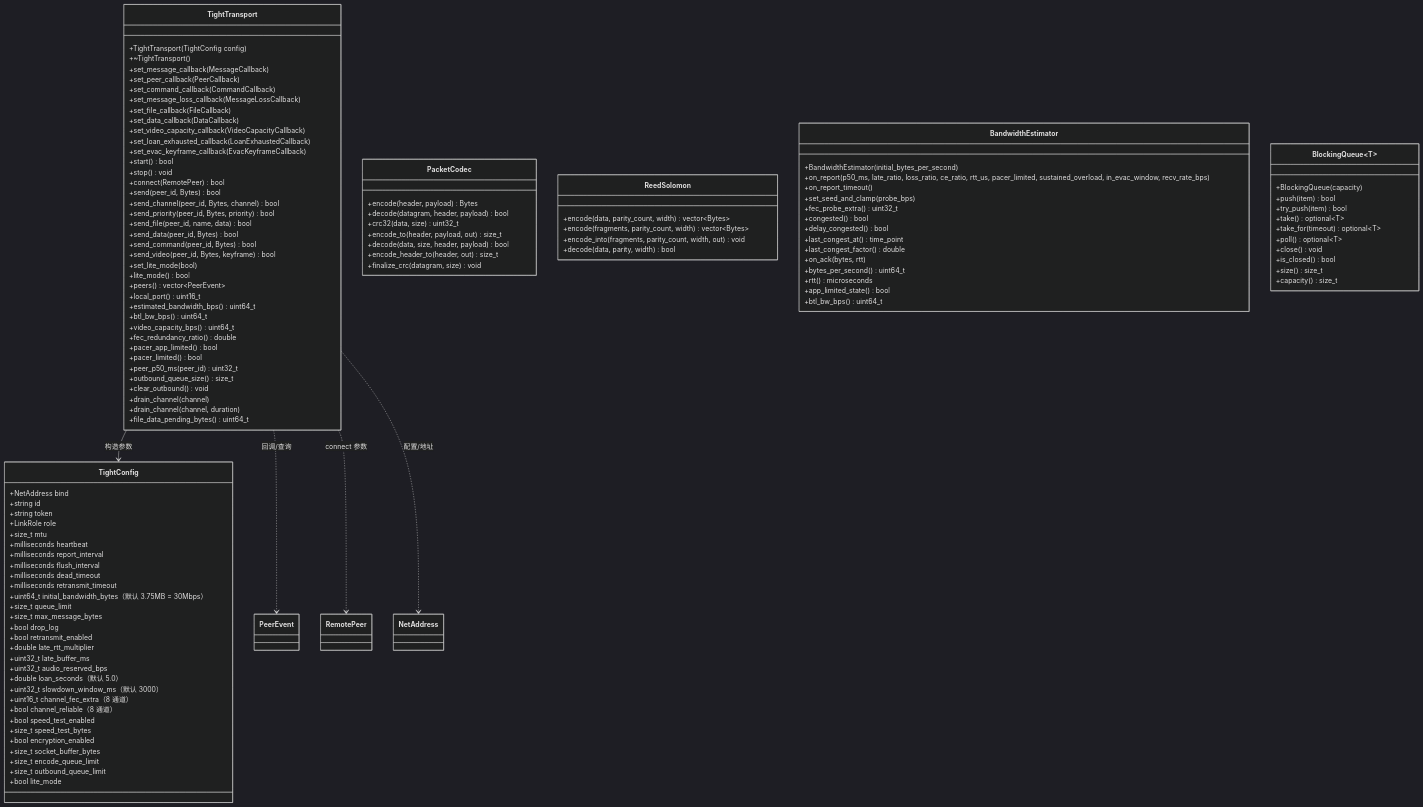
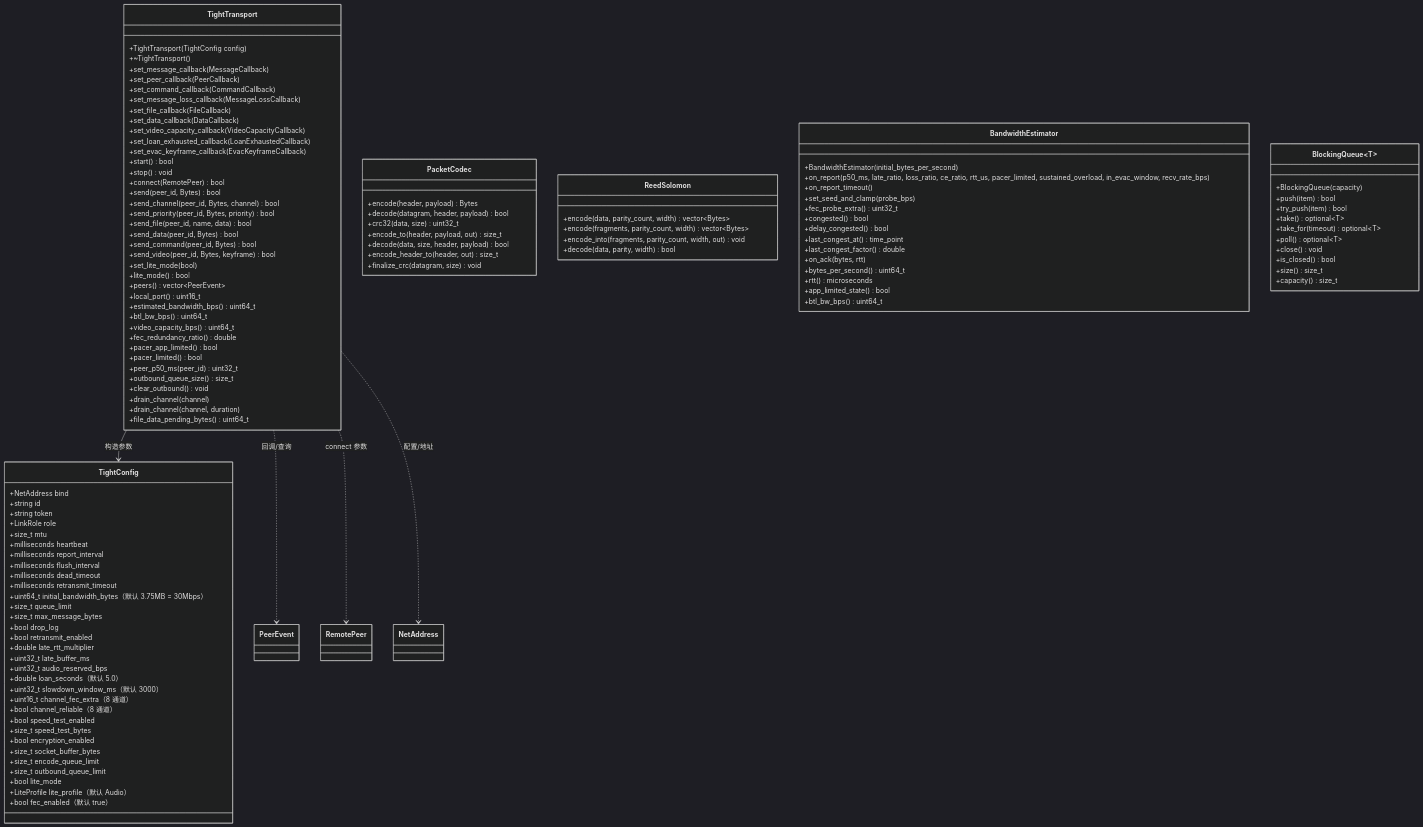
The first of 2 diagrams in docs/api_reference.md (arrayforward/tight), drawn with Mermaid (dark theme) before and after one commit. The commit also changed other lines of this file and 8 other files, not shown here.

First line of the commit message:
Raise fast-drain threshold to 0.60 and document LiteProfile business profiles

```diff
--- a/docs/api_reference.md
+++ b/docs/api_reference.md
@@ -95,6 +95,8 @@
         +size_t encode_queue_limit
         +size_t outbound_queue_limit
         +bool lite_mode
+        +LiteProfile lite_profile（默认 Audio）
+        +bool fec_enabled（默认 true）
     }
     class PacketCodec {
         +encode(header, payload) Bytes
```
